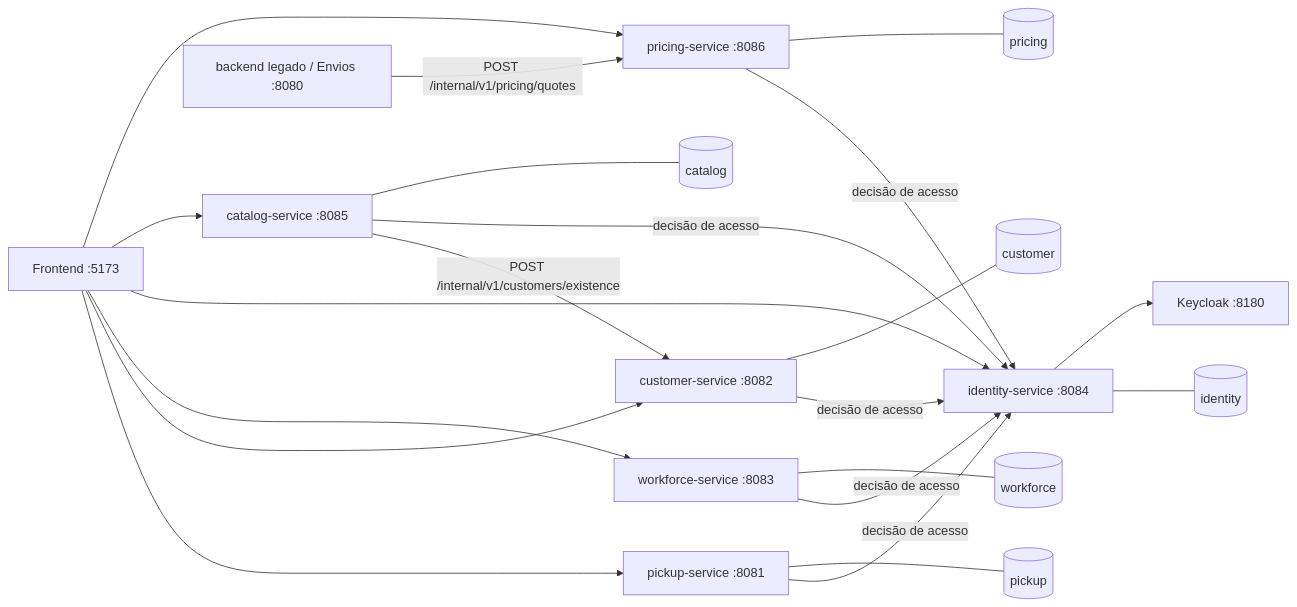
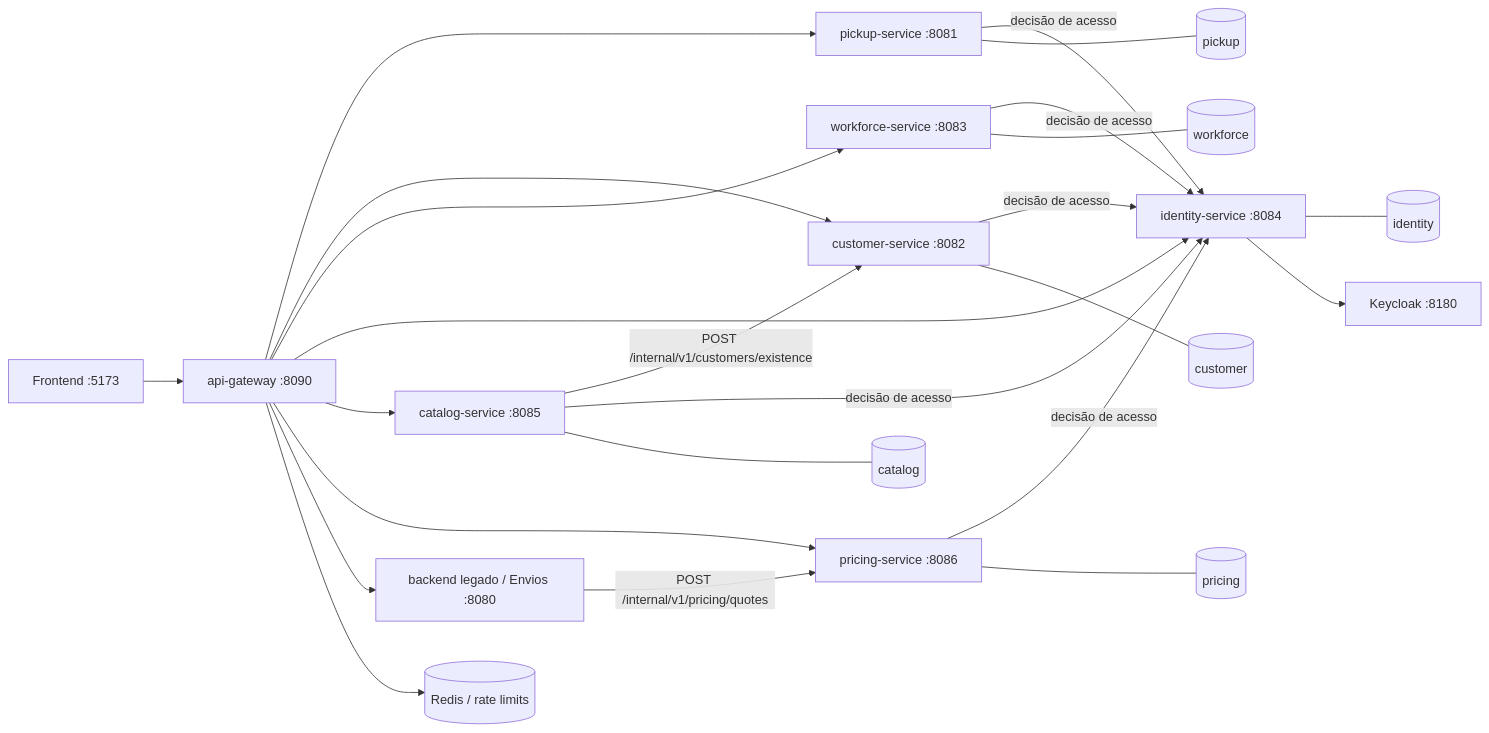
One commit to 82508636/gls-management-platform changed the diagram in docs/MICROSERVICES.md. Above: the diagram before and after it, drawn with Mermaid. The commit also changed other lines of this file and 31 other files, not shown here.

Commit message:
feat: route platform traffic through API gateway

````diff
--- a/docs/MICROSERVICES.md
+++ b/docs/MICROSERVICES.md
@@ -32,23 +34,26 @@
 ```mermaid
 flowchart LR
-    UI[Frontend :5173] --> PICKUP[pickup-service :8081]
-    UI --> CUSTOMER[customer-service :8082]
-    UI --> WORKFORCE[workforce-service :8083]
-    UI --> IDENTITY[identity-service :8084]
-    UI --> CATALOG[catalog-service :8085]
-    UI --> PRICING[pricing-service :8086]
-    LEGACY[backend legado / Envios :8080] -->|POST /internal/v1/pricing/quotes| PRICING
+    UI[Frontend :5173] --> GATEWAY[api-gateway :8090]
+    GATEWAY --> PICKUP[pickup-service :8081]
+    GATEWAY --> CUSTOMER[customer-service :8082]
+    GATEWAY --> WORKFORCE[workforce-service :8083]
+    GATEWAY --> IDENTITY[identity-service :8084]
+    GATEWAY --> CATALOG[catalog-service :8085]
+    GATEWAY --> PRICING[pricing-service :8086]
+    GATEWAY --> LEGACY[backend legado / Envios :8080]
+    GATEWAY --> REDIS[(Redis / rate limits)]
+    LEGACY -->|POST /internal/v1/pricing/quotes| PRICING
     CATALOG -->|POST /internal/v1/customers/existence| CUSTOMER
     PICKUP -->|decisão de acesso| IDENTITY
     CUSTOMER -->|decisão de acesso| IDENTITY
     WORKFORCE -->|decisão de acesso| IDENTITY
     CATALOG -->|decisão de acesso| IDENTITY
     PRICING -->|decisão de acesso| IDENTITY
     PICKUP --- PDB[(pickup)]
     CUSTOMER --- CDB[(customer)]
     WORKFORCE --- WDB[(workforce)]
     IDENTITY --- IDB[(identity)]
     CATALOG --- CATDB[(catalog)]
     PRICING --- PRDB[(pricing)]
     IDENTITY --> KC[Keycloak :8180]
 ```
````
